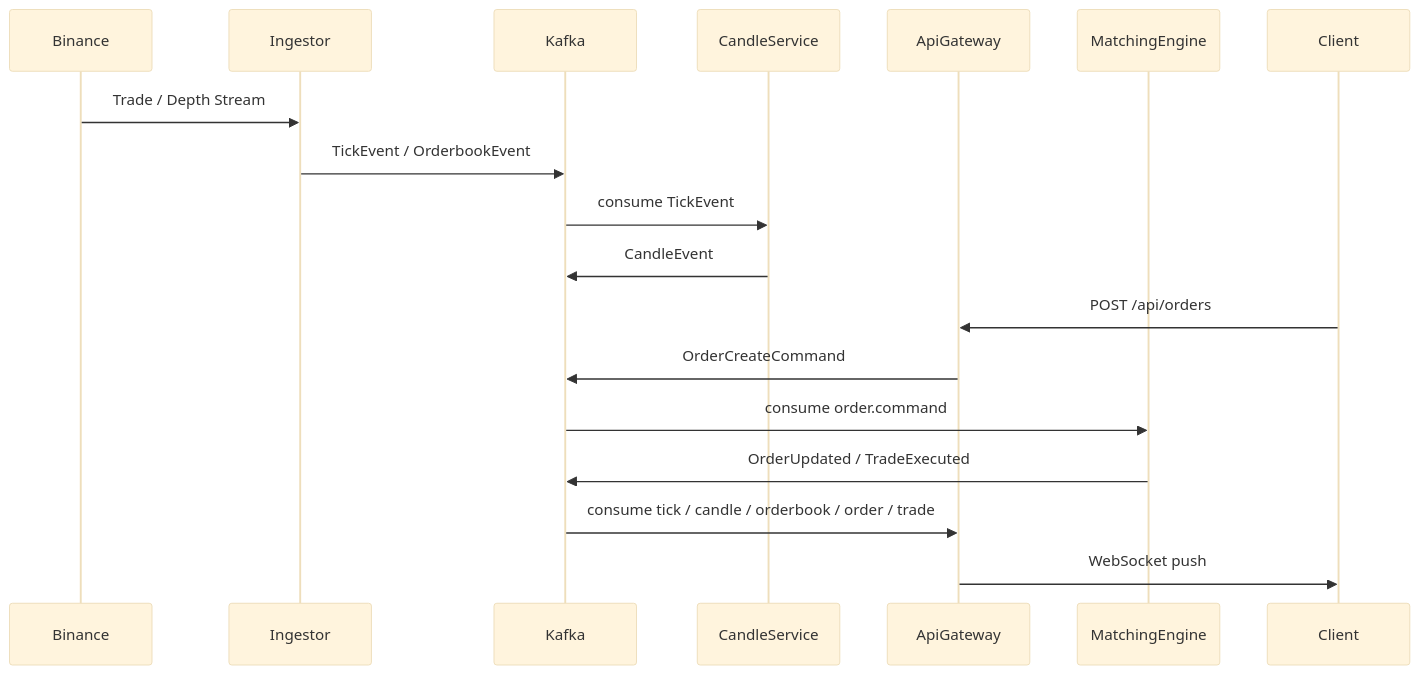
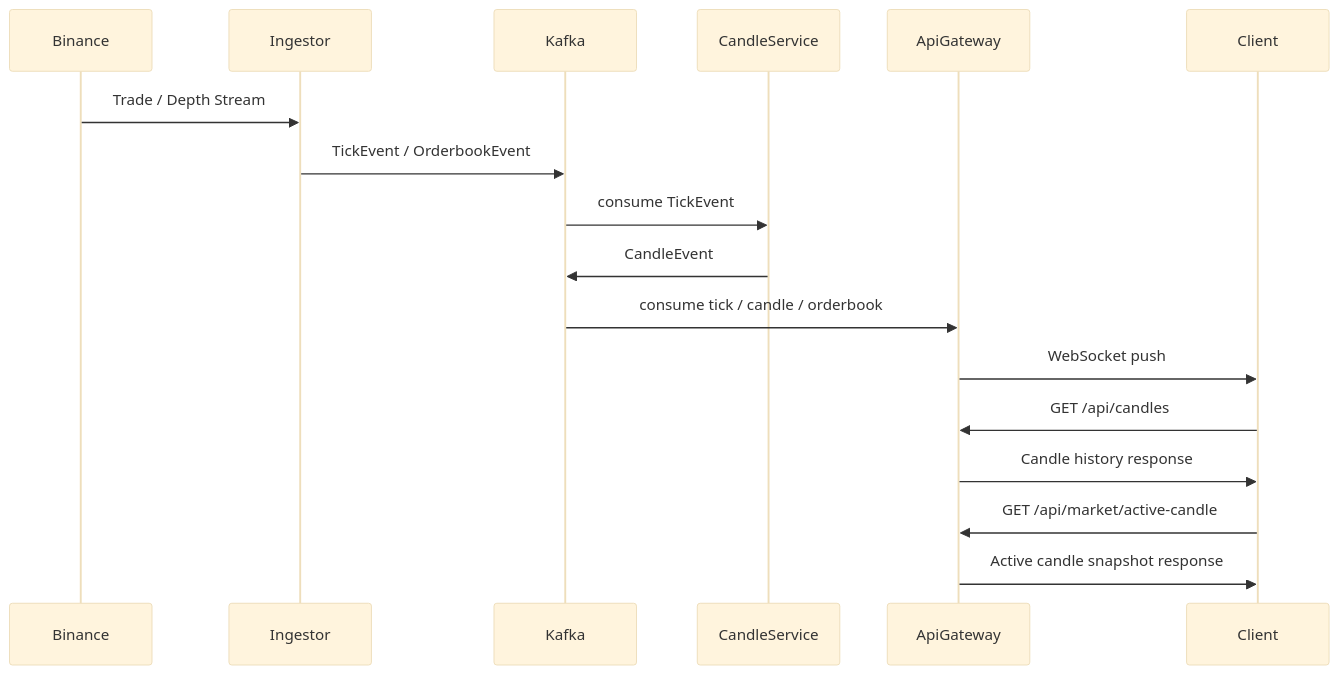
The second of 2 diagrams in README.md (jhpark0418/mini-crypto-wts), drawn with Mermaid (base theme) before and after one commit. The commit also changed other lines of this file and 60 other files, not shown here.

````diff
--- a/README.md
+++ b/README.md
@@ -72,25 +70,25 @@
 ```mermaid
 sequenceDiagram
 
 participant Binance
 participant Ingestor
 participant Kafka
 participant CandleService
 participant ApiGateway
-participant MatchingEngine
 participant Client
 
 Binance->>Ingestor: Trade / Depth Stream
 Ingestor->>Kafka: TickEvent / OrderbookEvent
 
 Kafka->>CandleService: consume TickEvent
 CandleService->>Kafka: CandleEvent
 
-Client->>ApiGateway: POST /api/orders
-ApiGateway->>Kafka: OrderCreateCommand
-Kafka->>MatchingEngine: consume order.command
-MatchingEngine->>Kafka: OrderUpdated / TradeExecuted
+Kafka->>ApiGateway: consume tick / candle / orderbook
+ApiGateway->>Client: WebSocket push
 
-Kafka->>ApiGateway: consume tick / candle / orderbook / order / trade
-ApiGateway->>Client: WebSocket push
+Client->>ApiGateway: GET /api/candles
+ApiGateway->>Client: Candle history response
+
+Client->>ApiGateway: GET /api/market/active-candle
+ApiGateway->>Client: Active candle snapshot response
 ```
````
